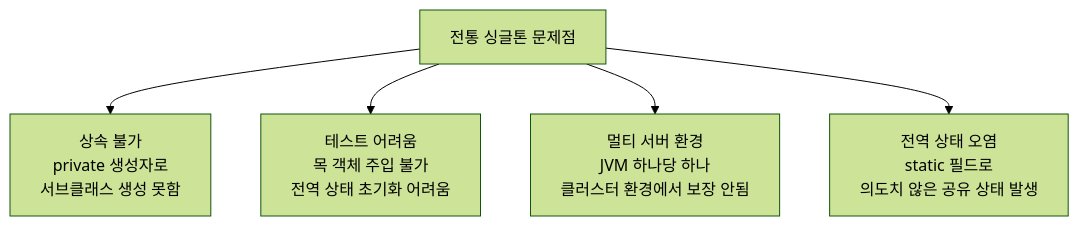
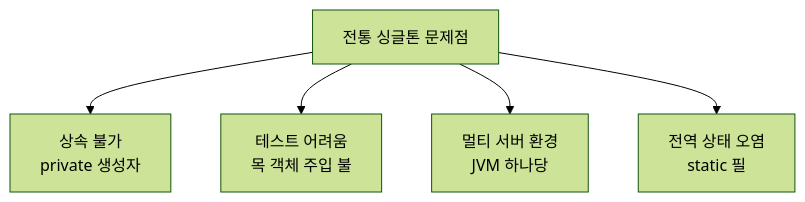
Before and after one commit to yjkim2015/yjkim2015.github.io: the fourth of 6 diagrams in _posts/spring/2022-06-16-싱글톤 레지스트리와 오브젝트 스코프.md, drawn with Mermaid (forest theme). The commit also changed other lines of this file and 271 other files, not shown here.

First line of the commit message:
Mermaid 라벨 축소: 긴 노드 텍스트 18자 이하로 트림 + \n 제거

````diff
--- a/_posts/spring/2022-06-16-싱글톤 레지스트리와 오브젝트 스코프.md
+++ b/_posts/spring/2022-06-16-싱글톤 레지스트리와 오브젝트 스코프.md
@@ -124,8 +124,8 @@
 ```mermaid
 graph TD
     PROBLEM["전통 싱글톤 문제점"]
-    PROBLEM --> P1["상속 불가\nprivate 생성자로\n서브클래스 생성 못함"]
-    PROBLEM --> P2["테스트 어려움\n목 객체 주입 불가\n전역 상태 초기화 어려움"]
-    PROBLEM --> P3["멀티 서버 환경\nJVM 하나당 하나\n클러스터 환경에서 보장 안됨"]
-    PROBLEM --> P4["전역 상태 오염\nstatic 필드로\n의도치 않은 공유 상태 발생"]
+    PROBLEM --> P1["상속 불가\nprivate 생성자"]
+    PROBLEM --> P2["테스트 어려움\n목 객체 주입 불"]
+    PROBLEM --> P3["멀티 서버 환경\nJVM 하나당"]
+    PROBLEM --> P4["전역 상태 오염\nstatic 필"]
 ```
````
